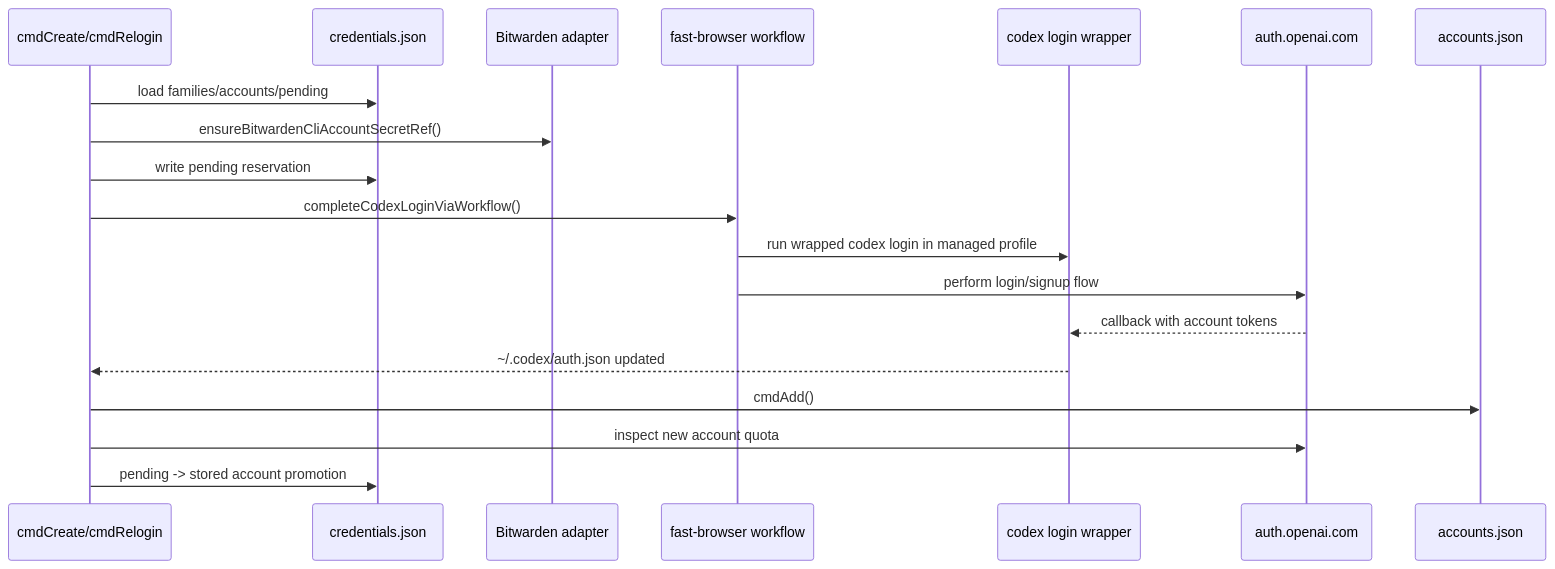
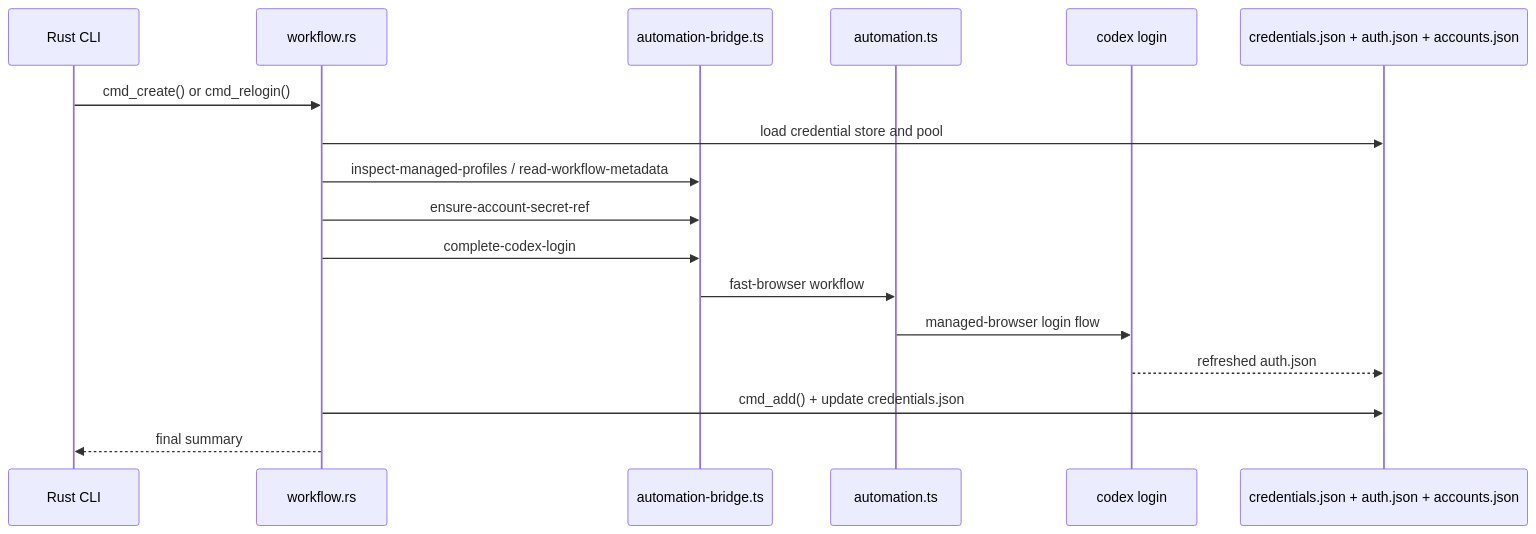
The fifth of 5 diagrams in packages/codex-rotate-app/architecture.md (omar391/ai-tools), drawn with Mermaid before and after one commit. The commit also changed other lines of this file and 38 other files, not shown here.

````diff
--- a/packages/codex-rotate-app/architecture.md
+++ b/packages/codex-rotate-app/architecture.md
@@ -254,22 +155,20 @@
 ```mermaid
 sequenceDiagram
-  participant Caller as cmdCreate/cmdRelogin
-  participant Store as credentials.json
-  participant Vault as Bitwarden adapter
-  participant Browser as fast-browser workflow
-  participant Codex as codex login wrapper
-  participant OpenAI as auth.openai.com
-  participant Pool as accounts.json
+  participant CLI as Rust CLI
+  participant Workflow as workflow.rs
+  participant Bridge as automation-bridge.ts
+  participant Auto as automation.ts
+  participant Codex as codex login
+  participant Files as credentials.json + auth.json + accounts.json
 
-  Caller->>Store: load families/accounts/pending
-  Caller->>Vault: ensureBitwardenCliAccountSecretRef()
-  Caller->>Store: write pending reservation
-  Caller->>Browser: completeCodexLoginViaWorkflow()
-  Browser->>Codex: run wrapped codex login in managed profile
-  Browser->>OpenAI: perform login/signup flow
-  OpenAI-->>Codex: callback with account tokens
-  Codex-->>Caller: ~/.codex/auth.json updated
-  Caller->>Pool: cmdAdd()
-  Caller->>OpenAI: inspect new account quota
-  Caller->>Store: pending -> stored account promotion
+  CLI->>Workflow: cmd_create() or cmd_relogin()
+  Workflow->>Files: load credential store and pool
+  Workflow->>Bridge: inspect-managed-profiles / read-workflow-metadata
+  Workflow->>Bridge: ensure-account-secret-ref
+  Workflow->>Bridge: complete-codex-login
+  Bridge->>Auto: fast-browser workflow
+  Auto->>Codex: managed-browser login flow
+  Codex-->>Files: refreshed auth.json
+  Workflow->>Files: cmd_add() + update credentials.json
+  Workflow-->>CLI: final summary
 ```
````
